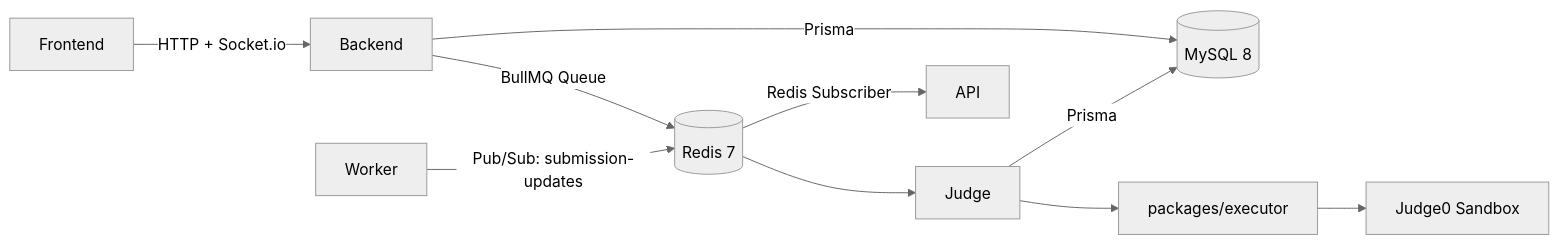
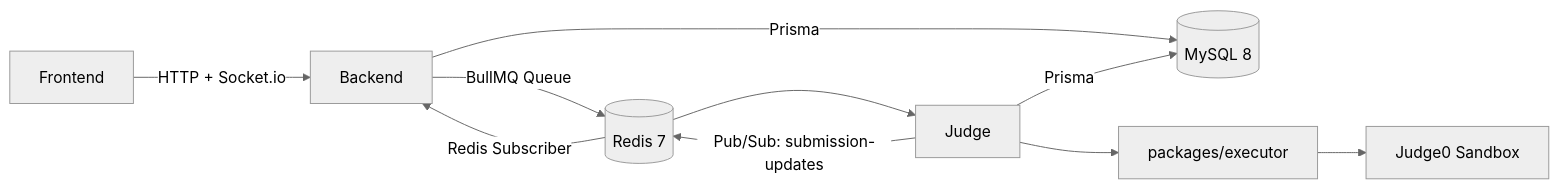
The diagram in docs/architecture.md (jack1e2401/fessior), drawn with Mermaid (neutral theme) before and after one commit. The commit also changed other lines of this file and 13 other files, not shown here.

````diff
--- a/docs/architecture.md
+++ b/docs/architecture.md
@@ -25,12 +25,12 @@
 ```mermaid
 flowchart LR
   Frontend[Frontend] -->|HTTP + Socket.io| Backend[Backend]
   Backend -->|Prisma| MySQL[(MySQL 8)]
   Backend -->|BullMQ Queue| Redis[(Redis 7)]
   Redis --> Judge[Judge]
   Judge -->|Prisma| MySQL
   Judge --> Executor[packages/executor]
   Executor --> Judge0[Judge0 Sandbox]
-  Worker -->|Pub/Sub: submission-updates| Redis
-  Redis -->|Redis Subscriber| API
+  Judge -->|Pub/Sub: submission-updates| Redis
+  Redis -->|Redis Subscriber| Backend
 ```
````
